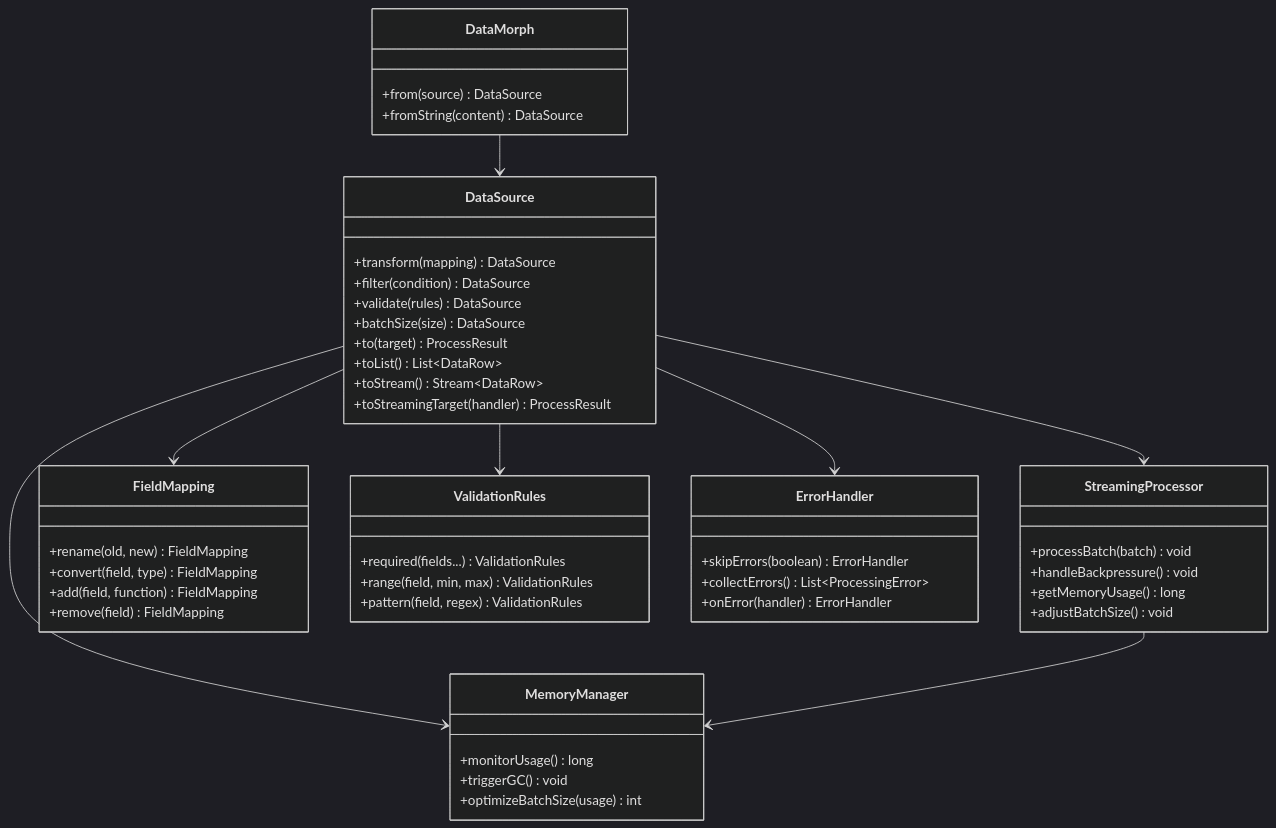
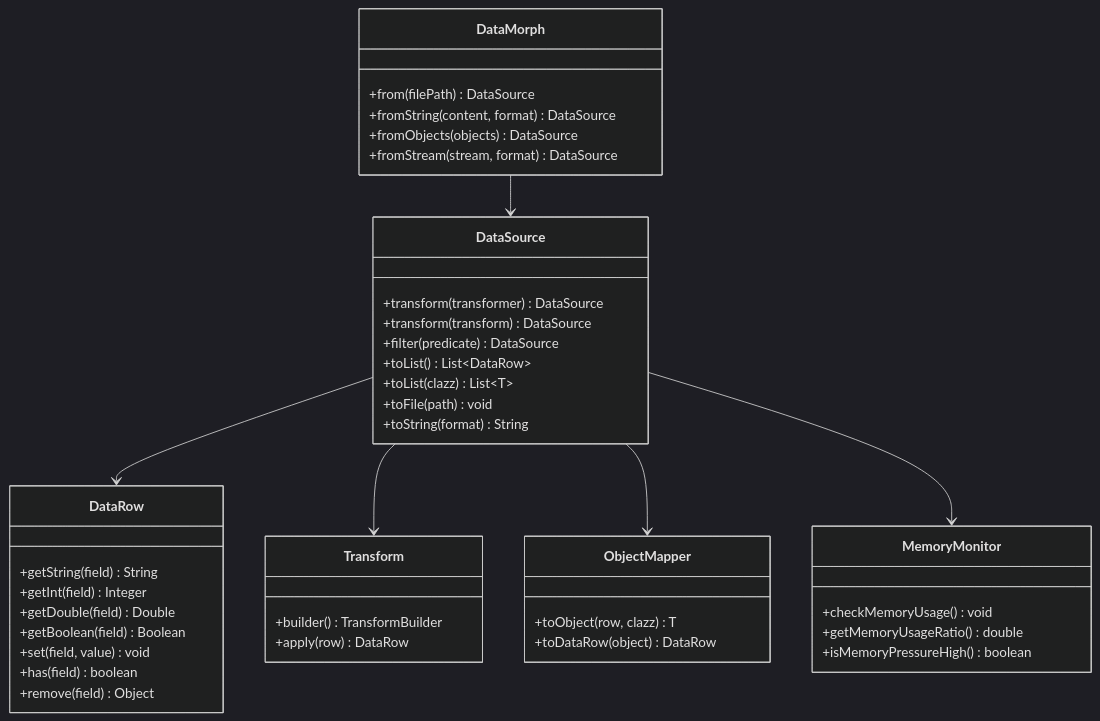
Before and after one commit to HwangInUng/data-morph: the diagram in README.md, drawn with Mermaid (dark theme). The commit also changed other lines of this file and 109 other files, not shown here.

````diff
--- a/README.md
+++ b/README.md
@@ -66,58 +161,51 @@
 ```mermaid
 classDiagram
     class DataMorph {
-        +from(source) DataSource
-        +fromString(content) DataSource
+        +from(filePath) DataSource
+        +fromString(content, format) DataSource
+        +fromObjects(objects) DataSource
+        +fromStream(stream, format) DataSource
     }
     
     class DataSource {
-        +transform(mapping) DataSource
-        +filter(condition) DataSource
-        +validate(rules) DataSource
-        +batchSize(size) DataSource
-        +to(target) ProcessResult
+        +transform(transformer) DataSource
+        +transform(transform) DataSource
+        +filter(predicate) DataSource
         +toList() List~DataRow~
-        +toStream() Stream~DataRow~
-        +toStreamingTarget(handler) ProcessResult
+        +toList(clazz) List~T~
+        +toFile(path) void
+        +toString(format) String
     }
     
-    class StreamingProcessor {
-        +processBatch(batch) void
-        +handleBackpressure() void
-        +getMemoryUsage() long
-        +adjustBatchSize() void
+    class DataRow {
+        +getString(field) String
+        +getInt(field) Integer
+        +getDouble(field) Double
+        +getBoolean(field) Boolean
+        +set(field, value) void
+        +has(field) boolean
+        +remove(field) Object
     }
     
-    class FieldMapping {
-        +rename(old, new) FieldMapping
-        +convert(field, type) FieldMapping
-        +add(field, function) FieldMapping
-        +remove(field) FieldMapping
+    class Transform {
+        +builder() TransformBuilder
+        +apply(row) DataRow
     }
     
-    class ValidationRules {
-        +required(fields...) ValidationRules
-        +range(field, min, max) ValidationRules
-        +pattern(field, regex) ValidationRules
+    class ObjectMapper {
+        +toObject(row, clazz) T
+        +toDataRow(object) DataRow
     }
     
-    class MemoryManager {
-        +monitorUsage() long
-        +triggerGC() void
-        +optimizeBatchSize(usage) int
-    }
-    
-    class ErrorHandler {
-        +skipErrors(boolean) ErrorHandler
-        +collectErrors() List~ProcessingError~
-        +onError(handler) ErrorHandler
+    class MemoryMonitor {
+        +checkMemoryUsage() void
+        +getMemoryUsageRatio() double
+        +isMemoryPressureHigh() boolean
     }
     
     DataMorph --> DataSource
-    DataSource --> StreamingProcessor
-    DataSource --> FieldMapping
-    DataSource --> ValidationRules
-    DataSource --> MemoryManager
-    DataSource --> ErrorHandler
-    StreamingProcessor --> MemoryManager
+    DataSource --> DataRow
+    DataSource --> Transform
+    DataSource --> ObjectMapper
+    DataSource --> MemoryMonitor
 ```
````
